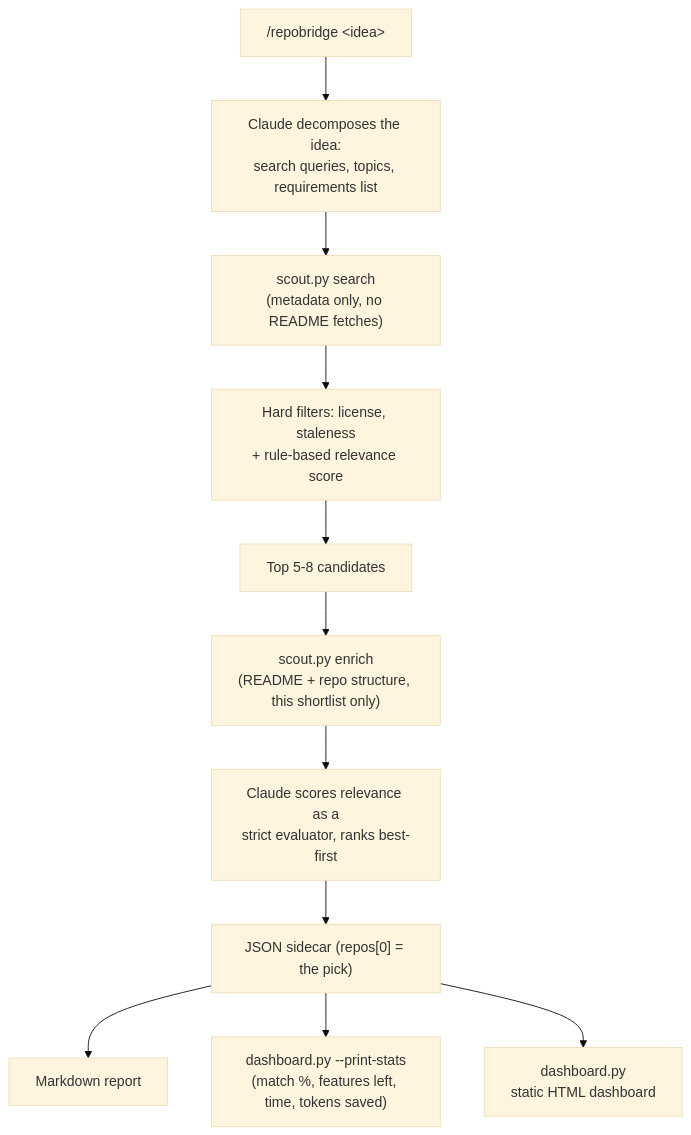
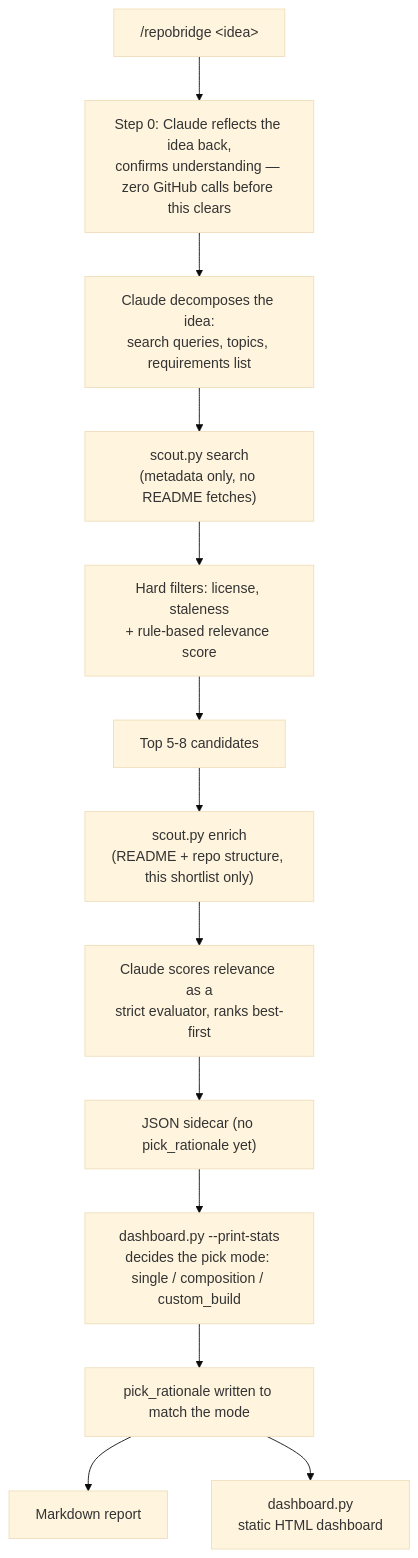
The diagram in README.md (praneethk002/repobridge), drawn with Mermaid (base theme) before and after one commit. The commit also changed other lines of this file and 3 other files, not shown here.

First line of the commit message:
Add Step 0 confirmation gate and mode-aware pick logic

````diff
--- a/README.md
+++ b/README.md
@@ -13,13 +13,15 @@
 ```mermaid
 flowchart TD
-    A["/repobridge &lt;idea&gt;"] --> B["Claude decomposes the idea:<br/>search queries, topics, requirements list"]
-    B --> C["scout.py search<br/>(metadata only, no README fetches)"]
+    Z["/repobridge &lt;idea&gt;"] --> Z2["Step 0: Claude reflects the idea back,\nconfirms understanding — zero GitHub calls before this clears"]
+    Z2 --> A["Claude decomposes the idea:<br/>search queries, topics, requirements list"]
+    A --> C["scout.py search<br/>(metadata only, no README fetches)"]
     C --> D["Hard filters: license, staleness<br/>+ rule-based relevance score"]
     D --> E["Top 5-8 candidates"]
     E --> F["scout.py enrich<br/>(README + repo structure, this shortlist only)"]
     F --> G["Claude scores relevance as a<br/>strict evaluator, ranks best-first"]
-    G --> H["JSON sidecar (repos[0] = the pick)"]
-    H --> I["Markdown report"]
-    H --> J["dashboard.py --print-stats<br/>(match %, features left, time, tokens saved)"]
-    H --> K["dashboard.py<br/>static HTML dashboard"]
+    G --> H["JSON sidecar (no pick_rationale yet)"]
+    H --> M["dashboard.py --print-stats<br/>decides the pick mode: single / composition / custom_build"]
+    M --> H2["pick_rationale written to match the mode"]
+    H2 --> I["Markdown report"]
+    H2 --> K["dashboard.py<br/>static HTML dashboard"]
 ```
````
